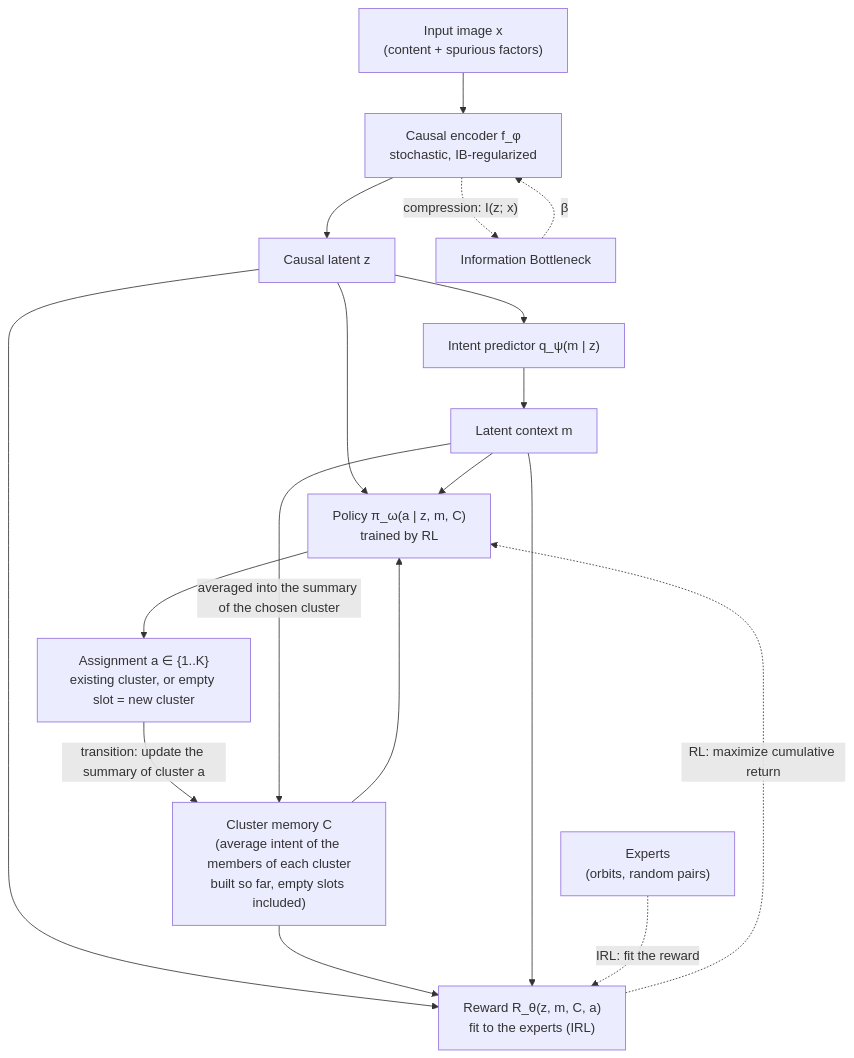
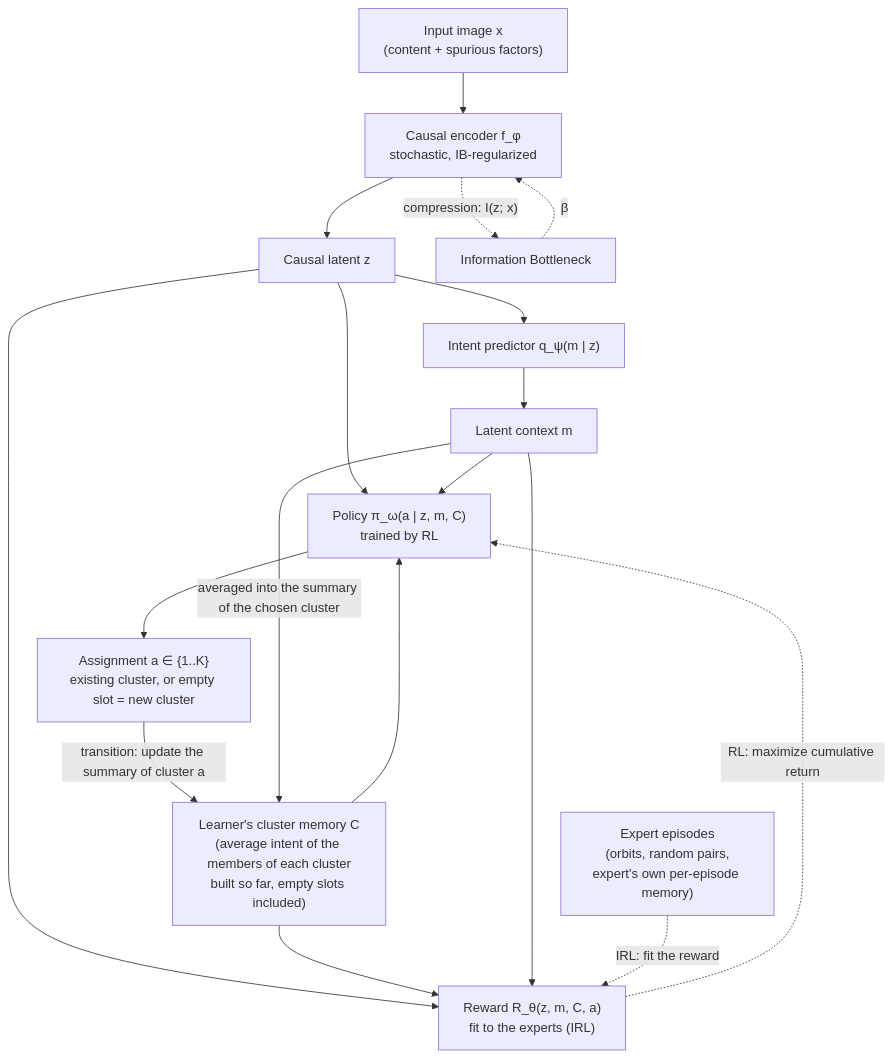
The first of 2 diagrams in README.md (Josh012006/CIB-IRL), drawn with Mermaid before and after one commit. The commit also changed other lines of this file, not shown here.

Commit message:
Adding more precise details about the expert trajectories.

````diff
--- a/README.md
+++ b/README.md
@@ -147,20 +147,20 @@
 ```mermaid
 flowchart TD
     x["Input image x<br/>(content + spurious factors)"] --> enc["Causal encoder f_φ<br/>stochastic, IB-regularized"]
     enc --> z["Causal latent z"]
     z --> qpsi["Intent predictor q_ψ(m | z)"]
     qpsi --> m["Latent context m"]
     z --> pol["Policy π_ω(a | z, m, C)<br/>trained by RL"]
-    C["Cluster memory C<br/>(average intent of the members of each cluster<br/>built so far, empty slots included)"] --> pol
+    C["Learner's cluster memory C<br/>(average intent of the members of each cluster<br/>built so far, empty slots included)"] --> pol
     m --> pol
     pol --> a["Assignment a ∈ {1..K}<br/>existing cluster, or empty slot = new cluster"]
     a -- "transition: update the summary of cluster a" --> C
     z --> rew["Reward R_θ(z, m, C, a)<br/>fit to the experts (IRL)"]
     C --> rew
     m --> rew
     m -- "averaged into the summary of the chosen cluster" --> C
-    exp["Experts<br/>(orbits, random pairs)"] -. "IRL: fit the reward" .-> rew
+    exp["Expert episodes<br/>(orbits, random pairs,<br/>expert's own per-episode memory)"] -. "IRL: fit the reward" .-> rew
     rew -. "RL: maximize cumulative return" .-> pol
     enc -. "compression: I(z; x)" .-> ib["Information Bottleneck"]
     ib -. "β" .-> enc
 ```
````
